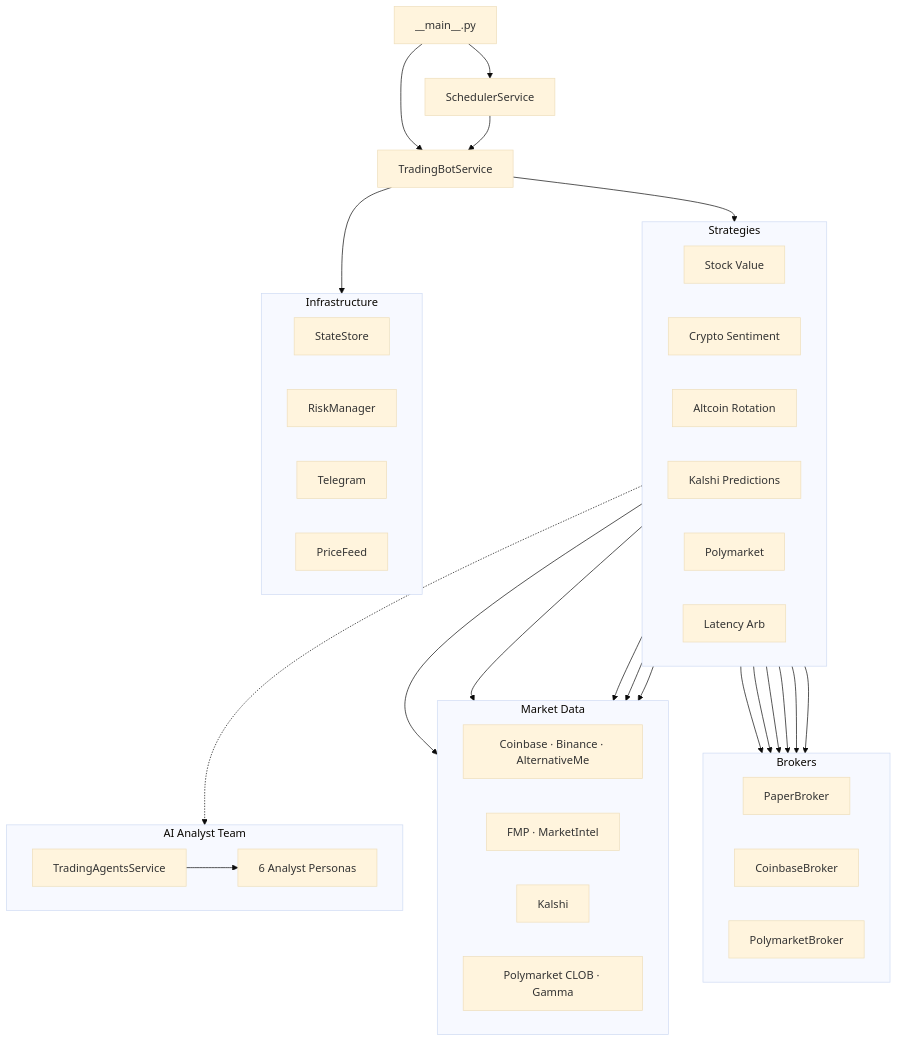
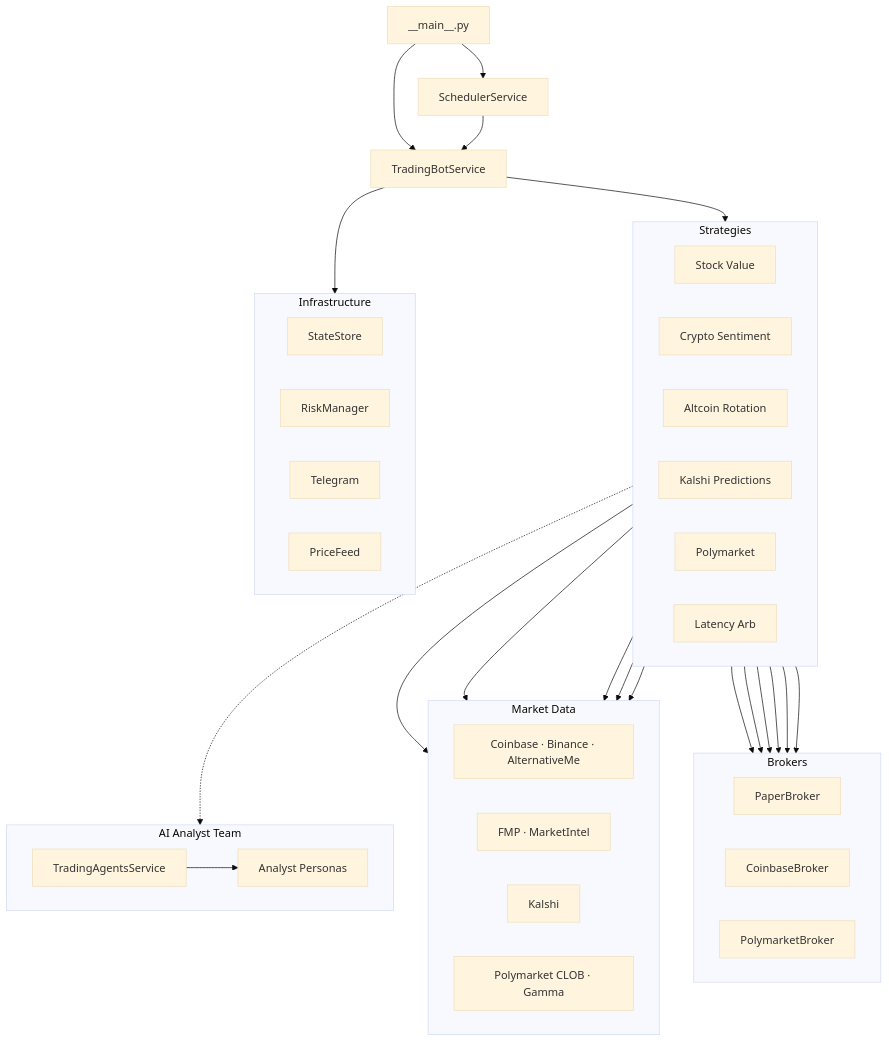
The first of 4 diagrams in README.md (sherifconteh-collab/Zulubot), drawn with Mermaid (base theme) before and after one commit.

Commit message:
Remove hardcoded persona count from architecture diagram
Agent-Logs-Url: https://github.com/sherifconteh-collab/Zulubot/sessions/fc6baac9-3b69-418c-a871-da6e2f30616d

````diff
--- a/README.md
+++ b/README.md
@@ -7,62 +7,62 @@
 ```mermaid
 flowchart TB
     MAIN["__main__.py"] --> SVC["TradingBotService"]
     MAIN --> SCHED["SchedulerService"] --> SVC
 
     subgraph Strategies
         direction LR
         STK["Stock Value"]
         CRY["Crypto Sentiment"]
         ROT["Altcoin Rotation"]
         PRED["Kalshi Predictions"]
         POLY["Polymarket"]
         LARB["Latency Arb"]
     end
 
     SVC --> Strategies
 
     subgraph Brokers
         direction LR
         PB["PaperBroker"]
         CB["CoinbaseBroker"]
         PMB["PolymarketBroker"]
     end
 
     STK --> PB
     CRY --> CB
     ROT --> CB
     PRED --> PB
     POLY --> PMB
     LARB --> PB
 
     subgraph Data["Market Data"]
         direction LR
         D_CB["Coinbase · Binance · AlternativeMe"]
         D_FMP["FMP · MarketIntel"]
         D_KAL["Kalshi"]
         D_POLY["Polymarket CLOB · Gamma"]
     end
 
     CRY --> D_CB
     STK --> D_FMP
     PRED --> D_KAL
     LARB --> D_KAL
     POLY --> D_POLY
 
     subgraph AI["AI Analyst Team"]
         direction LR
-        TAS["TradingAgentsService"] --> PER["6 Analyst Personas"]
+        TAS["TradingAgentsService"] --> PER["Analyst Personas"]
     end
 
     Strategies -.-> AI
 
     subgraph Infra["Infrastructure"]
         direction LR
         STATE["StateStore"]
         RISK["RiskManager"]
         TG["Telegram"]
         FEED["PriceFeed"]
     end
 
     SVC --> Infra
 ```
````
